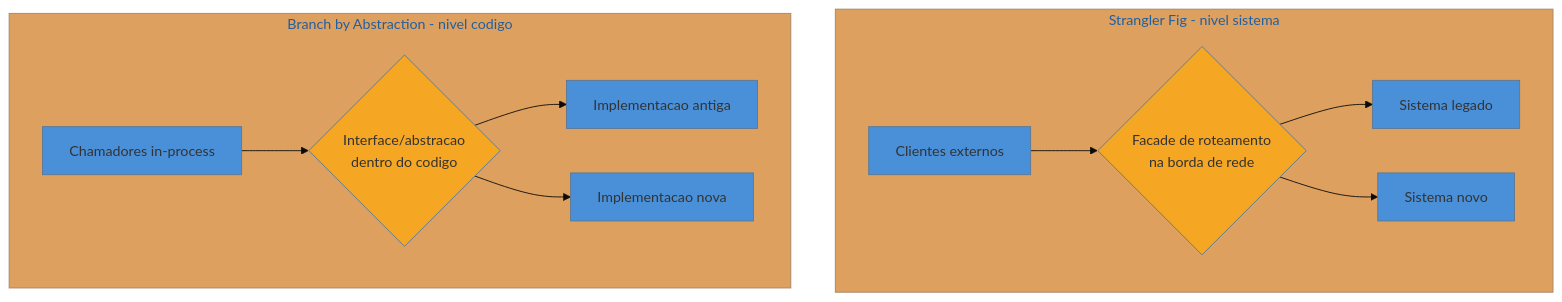
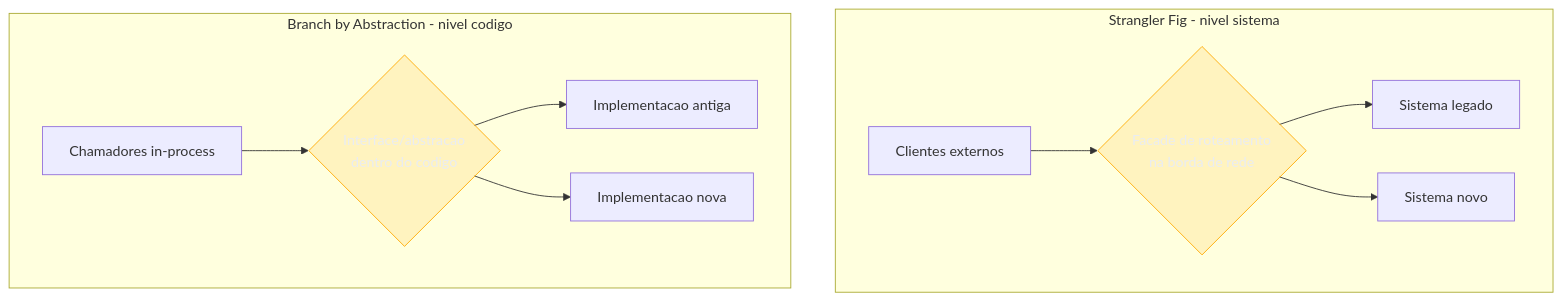
Before and after one commit to josenaldo/codex-technomanticus: the first of 3 diagrams in 03-Dominios/Engenharia/Arqueologia e Restauração de Software/19 - Branch by Abstraction e Anti-Corruption Layer.md, drawn with Mermaid. The commit also changed other lines of this file and 1181 other files, not shown here.

First line of the commit message:
fix(diagramas): paleta do sistema no lugar de cor cravada no markdown

````diff
--- a/03-Dominios/Engenharia/Arqueologia e Restauração de Software/19 - Branch by Abstraction e Anti-Corruption Layer.md
+++ b/03-Dominios/Engenharia/Arqueologia e Restauração de Software/19 - Branch by Abstraction e Anti-Corruption Layer.md
@@ -27,16 +27,16 @@
 ```mermaid
-%%{init: {"theme": "base", "themeVariables": {"primaryColor": "#4A90D9"}}}%%
 graph TD
+    classDef destaque fill:#FFAA0024,stroke:#FFAA00,color:#E9ECF2
     subgraph S1["Strangler Fig - nivel sistema"]
     C1[Clientes externos] --> F1{Facade de roteamento<br/>na borda de rede}
     F1 --> L1[Sistema legado]
     F1 --> N1[Sistema novo]
     end
     subgraph S2["Branch by Abstraction - nivel codigo"]
     C2[Chamadores in-process] --> AB{Interface/abstracao<br/>dentro do codigo}
     AB --> L2[Implementacao antiga]
     AB --> N2[Implementacao nova]
     end
-    style F1 fill:#F5A623
-    style AB fill:#F5A623
+    class F1 destaque
+    class AB destaque
 ```
````
